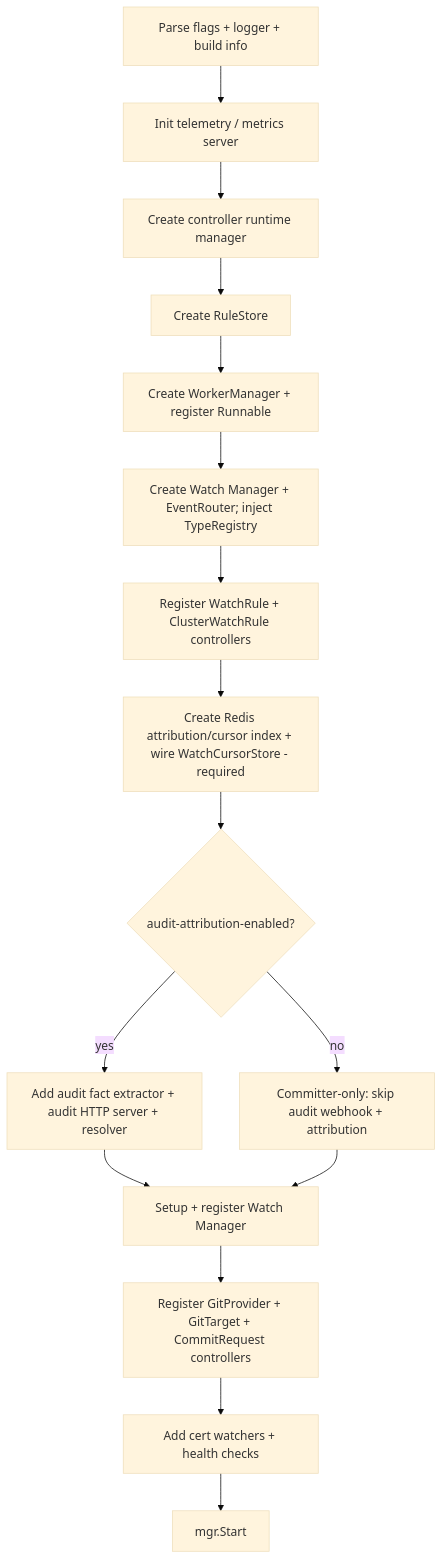
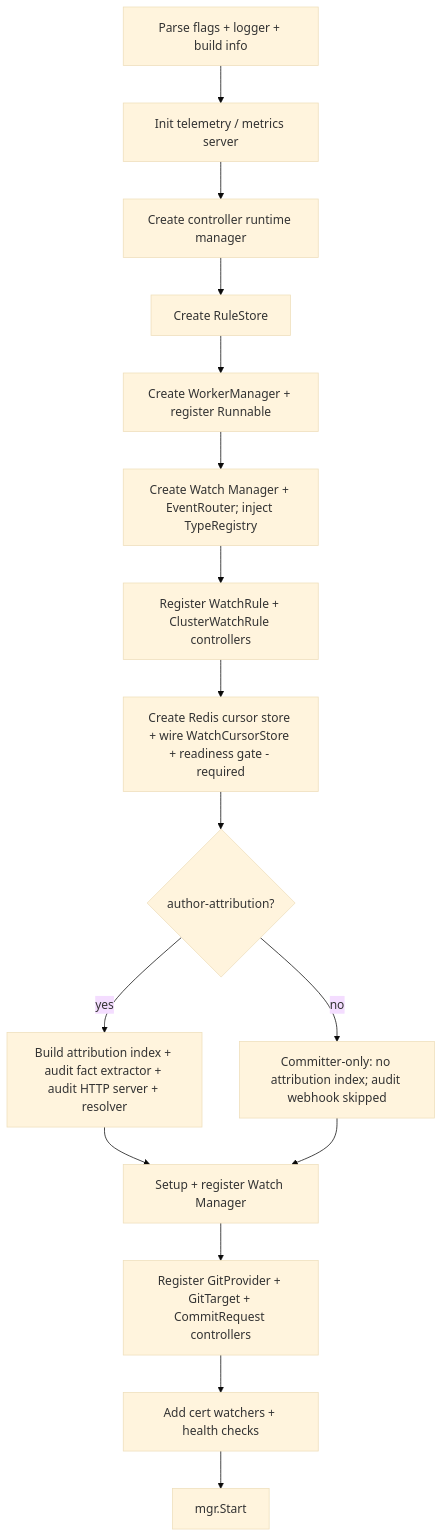
Before and after one commit to ConfigButler/gitops-reverser: the third of 3 diagrams in docs/architecture.md, drawn with Mermaid (base theme). The commit also changed other lines of this file and 21 other files, not shown here.

Commit message:
feat: --author-attribution={true|false} is now allowing you to enable or disable the need for kube-api configuration (at the cost of loosing the real author).

````diff
--- a/docs/architecture.md
+++ b/docs/architecture.md
@@ -704,18 +704,18 @@
 ```mermaid
 flowchart TD
     A[Parse flags + logger + build info] --> B[Init telemetry / metrics server]
     B --> C[Create controller runtime manager]
     C --> D[Create RuleStore]
     D --> E[Create WorkerManager + register Runnable]
     E --> F[Create Watch Manager + EventRouter; inject TypeRegistry]
     F --> G[Register WatchRule + ClusterWatchRule controllers]
-    G --> H[Create Redis attribution/cursor index + wire WatchCursorStore - required]
-    H --> Hq{audit-attribution-enabled?}
-    Hq -->|yes| I[Add audit fact extractor + audit HTTP server + resolver]
-    Hq -->|no| J[Committer-only: skip audit webhook + attribution]
+    G --> H[Create Redis cursor store + wire WatchCursorStore + readiness gate - required]
+    H --> Hq{author-attribution?}
+    Hq -->|yes| I[Build attribution index + audit fact extractor + audit HTTP server + resolver]
+    Hq -->|no| J[Committer-only: no attribution index; audit webhook skipped]
     I --> K[Setup + register Watch Manager]
     J --> K
     K --> L[Register GitProvider + GitTarget + CommitRequest controllers]
     L --> M[Add cert watchers + health checks]
     M --> N[mgr.Start]
 ```
````
